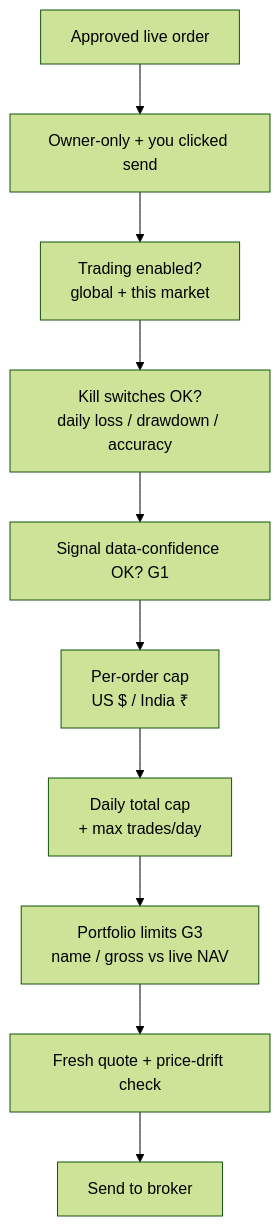
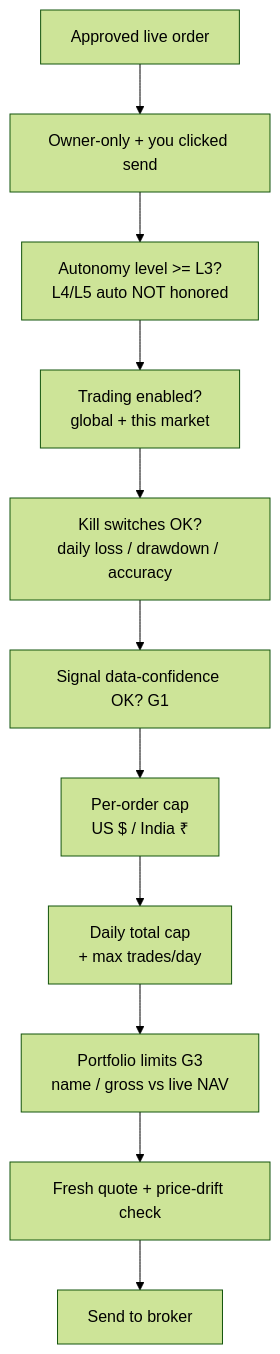
Before and after one commit to vaibhavtiwarigithub/financeos: the fifth of 5 diagrams in SYSTEM_OVERVIEW.md, drawn with Mermaid (forest theme). The commit also changed other lines of this file and 27 other files, not shown here.

First line of the commit message:
07/08 review: auth-gate service-role routes, durable RAG re-ingest, autonomy ladder

````diff
--- a/SYSTEM_OVERVIEW.md
+++ b/SYSTEM_OVERVIEW.md
@@ -267,12 +267,13 @@
 ```mermaid
 flowchart TD
   ORDER[Approved live order] --> OWNER[Owner-only + you clicked send]
-  OWNER --> ENABLED[Trading enabled?<br/>global + this market]
+  OWNER --> LADDER[Autonomy level >= L3?<br/>L4/L5 auto NOT honored]
+  LADDER --> ENABLED[Trading enabled?<br/>global + this market]
   ENABLED --> KILL[Kill switches OK?<br/>daily loss / drawdown / accuracy]
   KILL --> QUALITY[Signal data-confidence OK? G1]
   QUALITY --> PERORDER[Per-order cap<br/>US $ / India ₹]
   PERORDER --> DAILY[Daily total cap<br/>+ max trades/day]
   DAILY --> CONCENTRATION[Portfolio limits G3<br/>name / gross vs live NAV]
   CONCENTRATION --> DRIFT[Fresh quote + price-drift check]
   DRIFT --> SEND[Send to broker]
 ```
````
